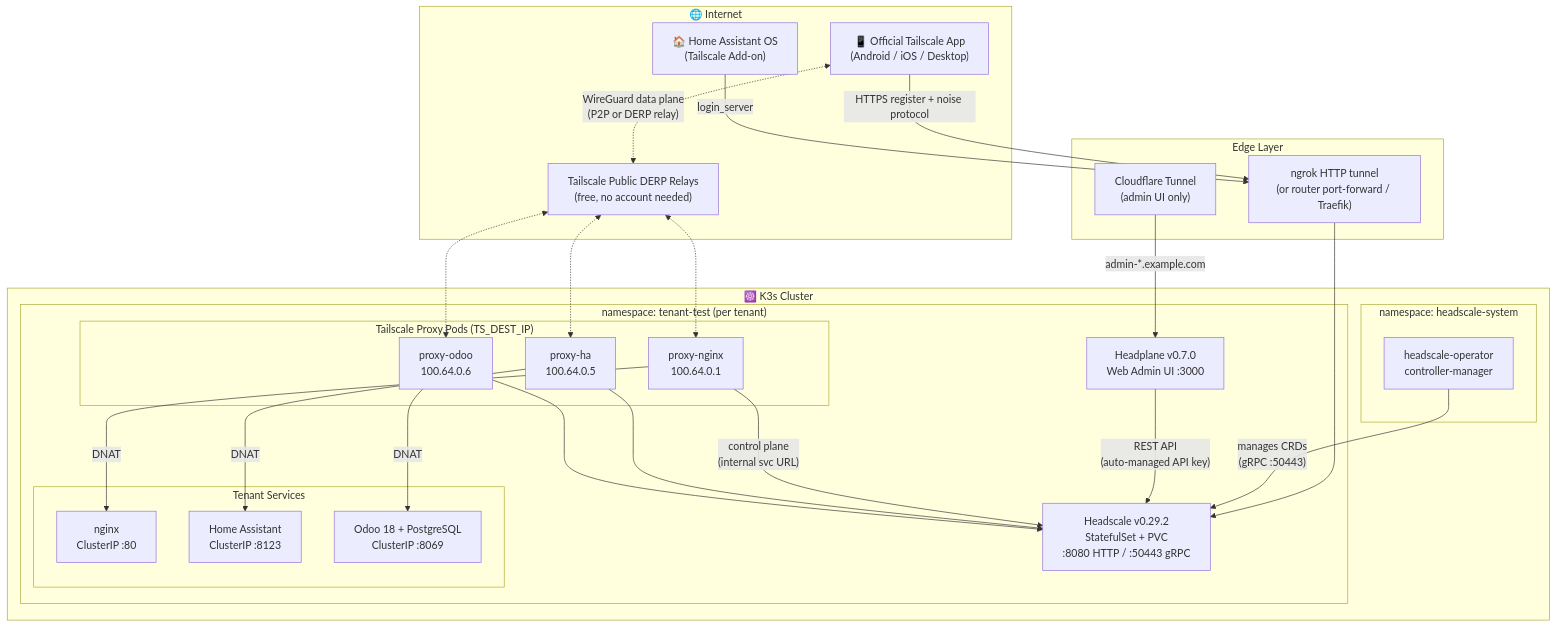
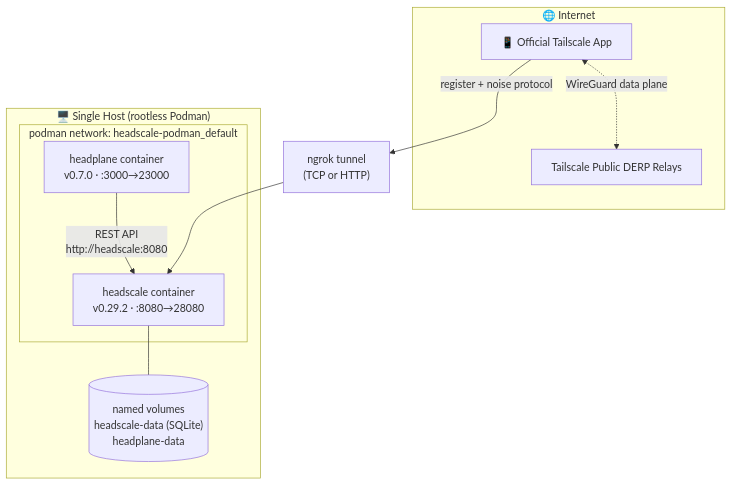
One commit to WOOWTECH/Woow_vpn_headscale_package changed the diagram in README.md. Above: the diagram before and after it, drawn with Mermaid. The commit also changed other lines of this file and 26 other files, not shown here.

First line of the commit message:
podman branch: single-node stack at repo root

````diff
--- a/README.md
+++ b/README.md
@@ -54,51 +39,22 @@
 ```mermaid
 flowchart TB
     subgraph Internet["🌐 Internet"]
-        Phone["📱 Official Tailscale App<br/>(Android / iOS / Desktop)"]
-        HAOS["🏠 Home Assistant OS<br/>(Tailscale Add-on)"]
-        DERP["Tailscale Public DERP Relays<br/>(free, no account needed)"]
+        DEV["📱 Official Tailscale App"]
+        DERP["Tailscale Public DERP Relays"]
     end
 
-    subgraph Edge["Edge Layer"]
-        NGROK["ngrok HTTP tunnel<br/>(or router port-forward / Traefik)"]
-        CF["Cloudflare Tunnel<br/>(admin UI only)"]
+    subgraph Host["🖥️ Single Host (rootless Podman)"]
+        subgraph Net["podman network: headscale-podman_default"]
+            HS["headscale container<br/>v0.29.2 · :8080→28080"]
+            HP["headplane container<br/>v0.7.0 · :3000→23000"]
+        end
+        VOL[("named volumes<br/>headscale-data (SQLite)<br/>headplane-data")]
     end
 
-    subgraph K3s["☸️ K3s Cluster"]
-        subgraph OperatorNS["namespace: headscale-system"]
-            OP["headscale-operator<br/>controller-manager"]
-        end
+    NGROK["ngrok tunnel<br/>(TCP or HTTP)"]
 
-        subgraph TenantNS["namespace: tenant-test (per tenant)"]
-            HS["Headscale v0.29.2<br/>StatefulSet + PVC<br/>:8080 HTTP / :50443 gRPC"]
-            HP["Headplane v0.7.0<br/>Web Admin UI :3000"]
-
-            subgraph Services["Tenant Services"]
-                NGINX["nginx<br/>ClusterIP :80"]
-                HA["Home Assistant<br/>ClusterIP :8123"]
-                ODOO["Odoo 18 + PostgreSQL<br/>ClusterIP :8069"]
-            end
-
-            subgraph Proxies["Tailscale Proxy Pods (TS_DEST_IP)"]
-                P1["proxy-nginx<br/>100.64.0.1"]
-                P2["proxy-ha<br/>100.64.0.5"]
-                P3["proxy-odoo<br/>100.64.0.6"]
-            end
-        end
-    end
-
-    Phone -- "HTTPS register + noise protocol" --> NGROK
-    HAOS -- "login_server" --> NGROK
-    NGROK --> HS
-    CF -- "admin-*.example.com" --> HP
-    OP -- "manages CRDs<br/>(gRPC :50443)" --> HS
-    HP -- "REST API<br/>(auto-managed API key)" --> HS
-    P1 -- "control plane<br/>(internal svc URL)" --> HS
-    P2 --> HS
-    P3 --> HS
-    P1 -- "DNAT" --> NGINX
-    P2 -- "DNAT" --> HA
-    P3 -- "DNAT" --> ODOO
-    Phone <-. "WireGuard data plane<br/>(P2P or DERP relay)" .-> DERP
-    DERP <-.-> P1 & P2 & P3
+    DEV -- "register + noise protocol" --> NGROK --> HS
+    HP -- "REST API<br/>http://headscale:8080" --> HS
+    HS --- VOL
+    DEV <-. "WireGuard data plane" .-> DERP
 ```
````
